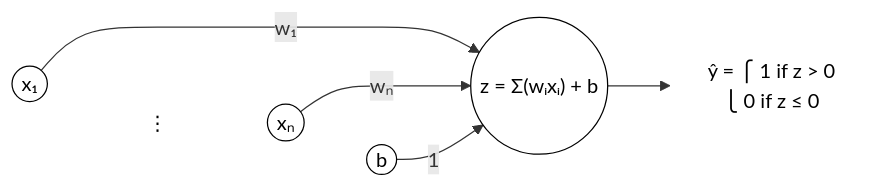
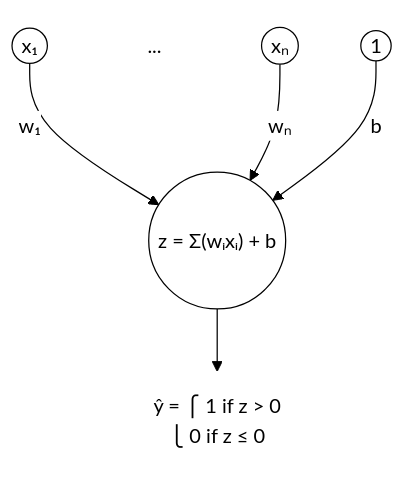
Before and after one commit to Ben-coder1/CMOR-438: the diagram in notebooks_and_data/perceptron/readme.md, drawn with Mermaid.

Commit message:
fiddling with visual on github dark mode

````diff
--- a/notebooks_and_data/perceptron/readme.md
+++ b/notebooks_and_data/perceptron/readme.md
@@ -39,28 +40,26 @@
 ```mermaid
-flowchart LR
+%%{init: {'theme': 'base', 'themeVariables': { 'primaryColor': '#ffffff', 'primaryTextColor': '#000000', 'primaryBorderColor': '#000000', 'lineColor': '#000000', 'background': '#ffffff'}}}%%
+flowchart TD
+    %% Define Clean TikZ-like Styling
     classDef tikzNode fill:#fff,stroke:#000,stroke-width:1px,color:#000;
-    classDef tikzText fill:none,stroke:none,color:#000;
+    classDef tikzText fill:#fff,stroke:none,color:#000;
 
-    %% Input Nodes
+    %% Input Layer (Horizontally Aligned)
     x1((x₁)):::tikzNode
+    dots["..."]:::tikzText
     xn((xₙ)):::tikzNode
-    b((b)):::tikzNode
-    
-    %% Vertical Ellipsis (Invisible background)
-    dots["⋮"]:::tikzText
+    biasNode((1)):::tikzNode
 
-    %% Processing Node (Summation)
+    %% Processing Unit
     sum(("z = Σ(wᵢxᵢ) + b")):::tikzNode
     
     %% Output (Math Case Format)
     y["ŷ = ⎧ 1   if  z > 0<br/>      ⎩ 0   if  z ≤ 0"]:::tikzText
 
     %% Connections
     x1 -- "w₁" --> sum
+    dots ~~~ sum
     xn -- "wₙ" --> sum
-    b -- "1" --> sum
+    biasNode -- "b" --> sum
     sum --> y
-
-    %% Spacing Hack: Invisible links to force vertical alignment of inputs
-    x1 ~~~ dots ~~~ xn ~~~ b
 ```
````
